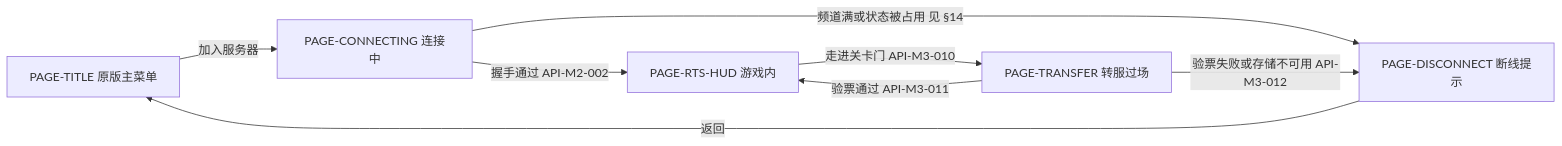
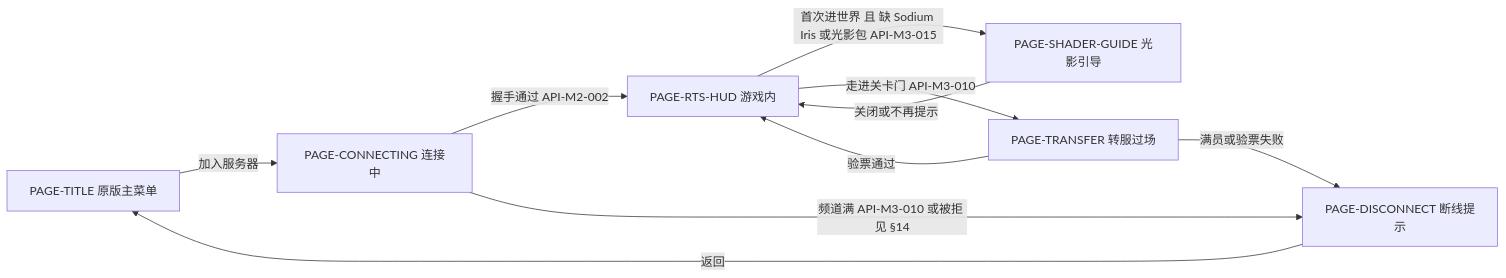
One commit to Bearisbug/synaxis changed the ninth of 9 diagrams in docs/DESIGN-M3.md. Above: the diagram before and after it, drawn with Mermaid. The commit also changed other lines of this file and 5 other files, not shown here.

````diff
--- a/docs/DESIGN-M3.md
+++ b/docs/DESIGN-M3.md
@@ -706,10 +773,12 @@
 ```mermaid
 flowchart LR
   PAGE_TITLE[PAGE-TITLE 原版主菜单] -->|加入服务器| PAGE_CONNECTING[PAGE-CONNECTING 连接中]
   PAGE_CONNECTING -->|握手通过 API-M2-002| PAGE_RTS[PAGE-RTS-HUD 游戏内]
-  PAGE_CONNECTING -->|频道满或状态被占用 见 §14| PAGE_DISCONNECT[PAGE-DISCONNECT 断线提示]
+  PAGE_CONNECTING -->|频道满 API-M3-010 或被拒 见 §14| PAGE_DISCONNECT[PAGE-DISCONNECT 断线提示]
+  PAGE_RTS -->|首次进世界 且 缺 Sodium Iris 或光影包 API-M3-015| PAGE_SHADER_GUIDE[PAGE-SHADER-GUIDE 光影引导]
+  PAGE_SHADER_GUIDE -->|关闭或不再提示| PAGE_RTS
   PAGE_RTS -->|走进关卡门 API-M3-010| PAGE_TRANSFER[PAGE-TRANSFER 转服过场]
-  PAGE_TRANSFER -->|验票通过 API-M3-011| PAGE_RTS
-  PAGE_TRANSFER -->|验票失败或存储不可用 API-M3-012| PAGE_DISCONNECT
+  PAGE_TRANSFER -->|验票通过| PAGE_RTS
+  PAGE_TRANSFER -->|满员或验票失败| PAGE_DISCONNECT
   PAGE_DISCONNECT -->|返回| PAGE_TITLE
 ```
````
